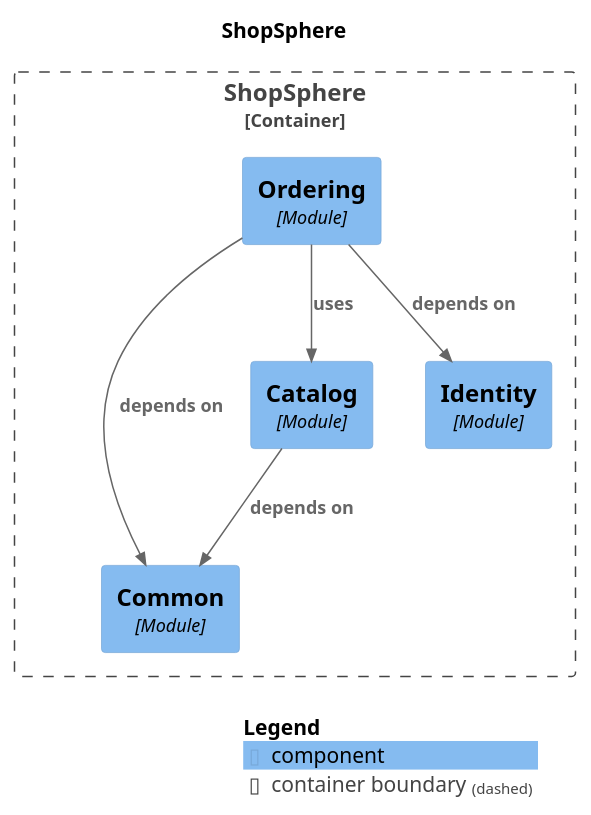
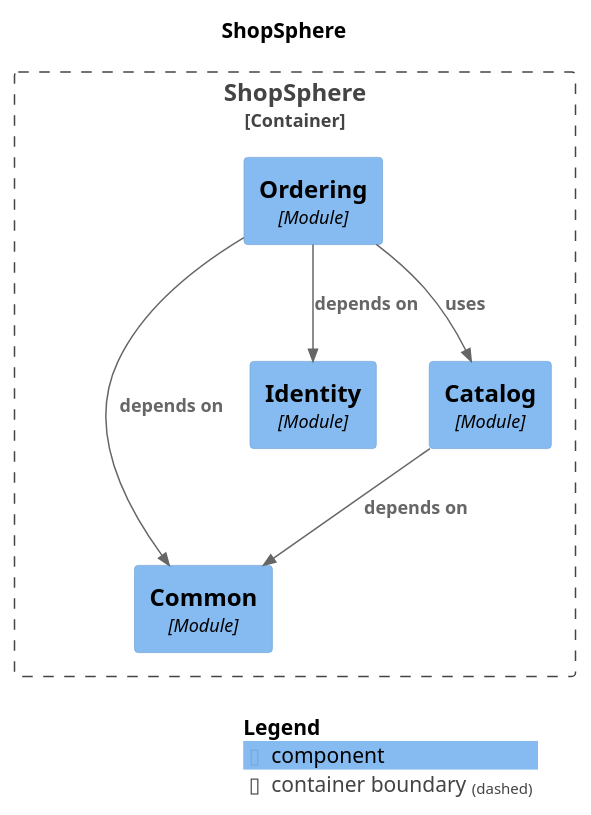
One commit to Poojithvsc/shopsphere changed the diagram in docs/modulith/components.puml. Above: the diagram before and after it, drawn with PlantUML. The commit also changed other lines of this file and 12 other files, not shown here.

```diff
--- a/docs/modulith/components.puml
+++ b/docs/modulith/components.puml
@@ -1,24 +1,24 @@
 @startuml
 set separator none
 title ShopSphere
 
 top to bottom direction
 
 !include <C4/C4>
 !include <C4/C4_Context>
 !include <C4/C4_Component>
 
 Container_Boundary("ShopSphere.ShopSphere_boundary", "ShopSphere", $tags="") {
   Component(ShopSphere.ShopSphere.Common, "Common", $techn="Module", $descr="", $tags="", $link="")
+  Component(ShopSphere.ShopSphere.Identity, "Identity", $techn="Module", $descr="", $tags="", $link="")
   Component(ShopSphere.ShopSphere.Catalog, "Catalog", $techn="Module", $descr="", $tags="", $link="")
-  Component(ShopSphere.ShopSphere.Identity, "Identity", $techn="Module", $descr="", $tags="", $link="")
   Component(ShopSphere.ShopSphere.Ordering, "Ordering", $techn="Module", $descr="", $tags="", $link="")
 }
 
 Rel(ShopSphere.ShopSphere.Ordering, ShopSphere.ShopSphere.Common, "depends on", $techn="", $tags="", $link="")
 Rel(ShopSphere.ShopSphere.Ordering, ShopSphere.ShopSphere.Catalog, "uses", $techn="", $tags="", $link="")
 Rel(ShopSphere.ShopSphere.Catalog, ShopSphere.ShopSphere.Common, "depends on", $techn="", $tags="", $link="")
 Rel(ShopSphere.ShopSphere.Ordering, ShopSphere.ShopSphere.Identity, "depends on", $techn="", $tags="", $link="")
 
 SHOW_LEGEND(true)
 @enduml
```
